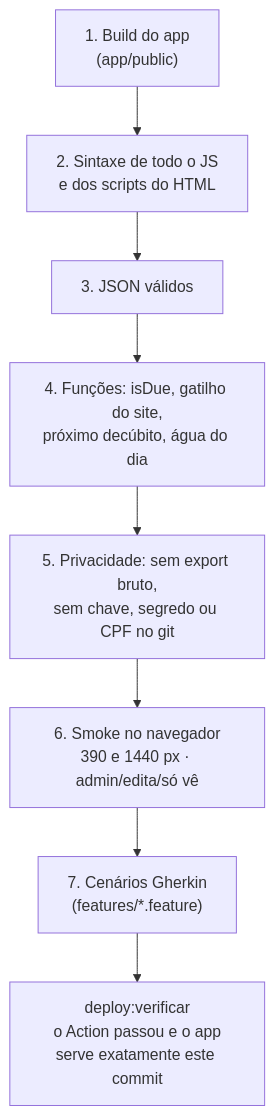
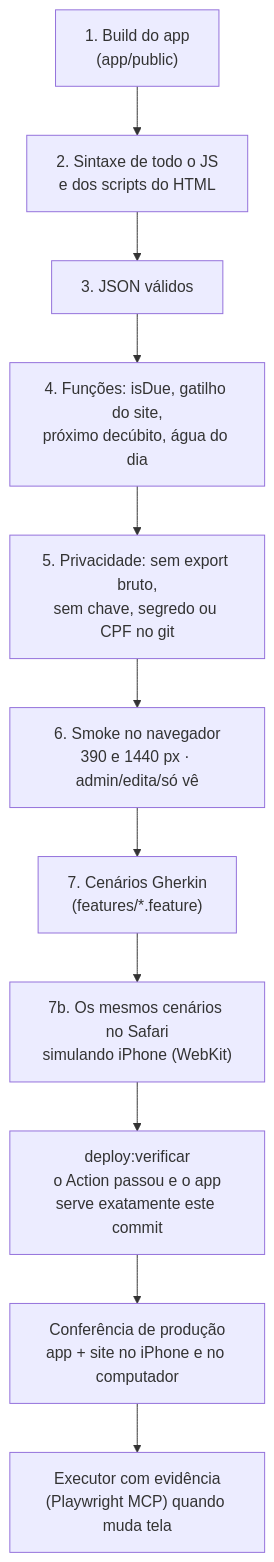
One commit to ElizCarvalho/odin-cockpit changed the diagram in documentacao/qualidade.md. Above: the diagram before and after it, drawn with Mermaid. The commit also changed other lines of this file and 15 other files, not shown here.

First line of the commit message:
Esteira: cenários também no Safari/iPhone, site público testado antes de publicar, conferência de produção no deploy; registro mostra confirmação do que foi salvo

````diff
--- a/documentacao/qualidade.md
+++ b/documentacao/qualidade.md
@@ -5,10 +5,13 @@
 ```mermaid
 flowchart TB
   A["1. Build do app<br/>(app/public)"] --> B["2. Sintaxe de todo o JS<br/>e dos scripts do HTML"]
   B --> C["3. JSON válidos"]
   C --> D["4. Funções: isDue, gatilho do site,<br/>próximo decúbito, água do dia"]
   D --> E["5. Privacidade: sem export bruto,<br/>sem chave, segredo ou CPF no git"]
   E --> F["6. Smoke no navegador<br/>390 e 1440 px · admin/edita/só vê"]
   F --> G["7. Cenários Gherkin<br/>(features/*.feature)"]
-  G --> H["deploy:verificar<br/>o Action passou e o app<br/>serve exatamente este commit"]
+  G --> G2["7b. Os mesmos cenários no Safari<br/>simulando iPhone (WebKit)"]
+  G2 --> H["deploy:verificar<br/>o Action passou e o app<br/>serve exatamente este commit"]
+  H --> I["Conferência de produção<br/>app + site no iPhone e no computador"]
+  I --> J["Executor com evidência<br/>(Playwright MCP) quando muda tela"]
 ```
````
